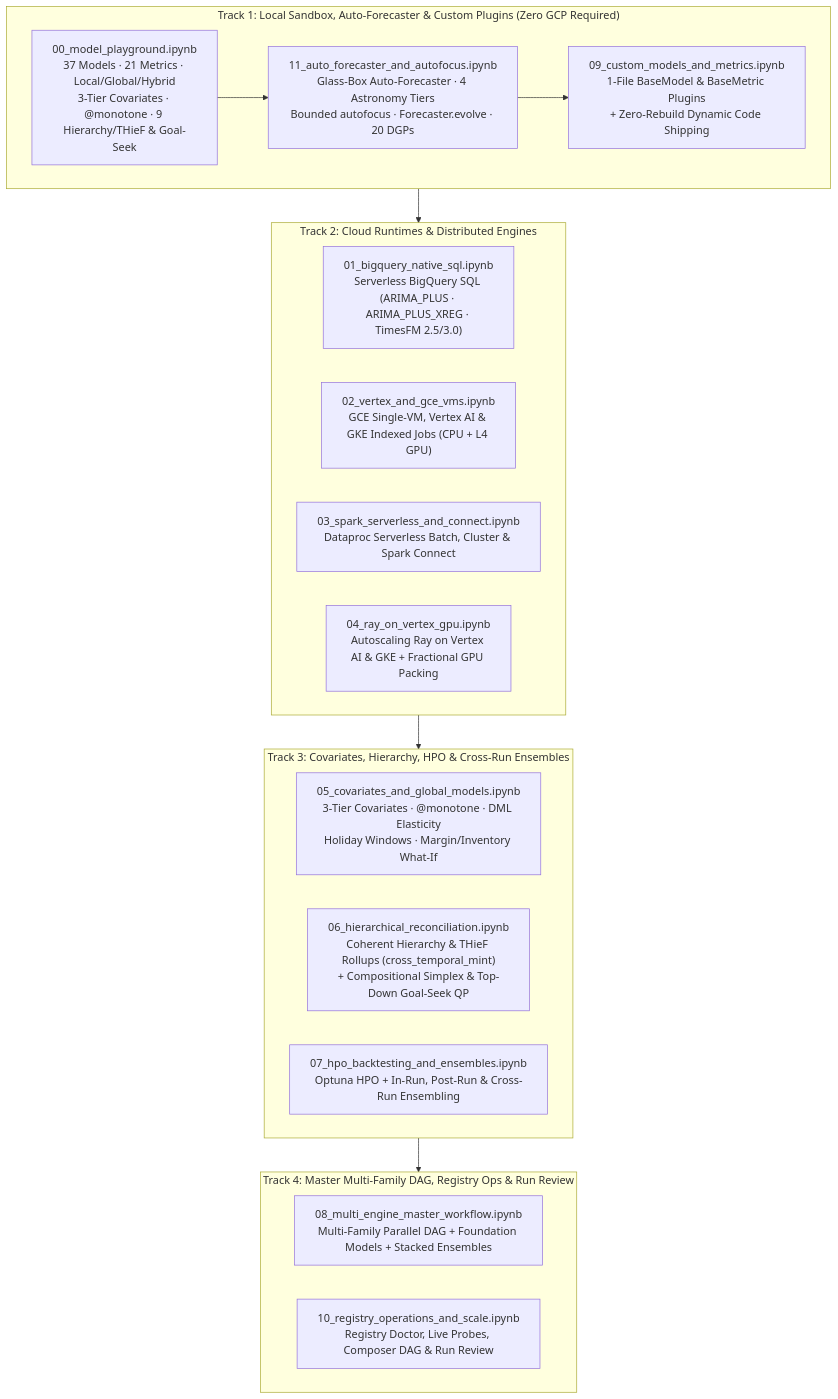
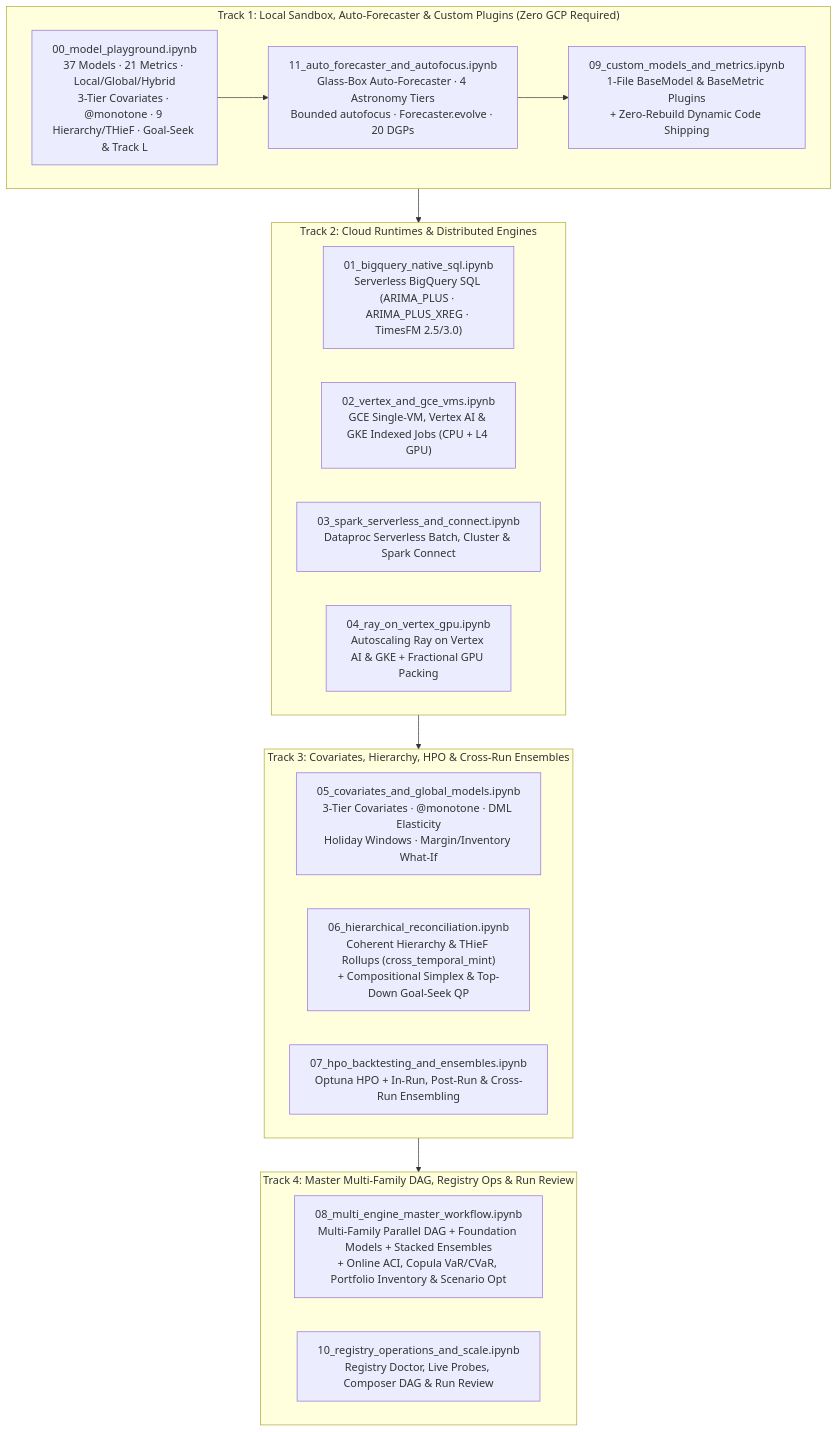
Before and after one commit to statmike/scale-forecasting: the diagram in notebooks/README.md, drawn with Mermaid. The commit also changed other lines of this file and 40 other files, not shown here.

Commit message:
docs(v1.7.0): add Track L API docs, agent surfaces, notebooks, and Tier 1-5 verification suites

````diff
--- a/notebooks/README.md
+++ b/notebooks/README.md
@@ -8,29 +8,29 @@
 ```mermaid
 flowchart TD
     subgraph Track1["Track 1: Local Sandbox, Auto-Forecaster & Custom Plugins (Zero GCP Required)"]
-        NB00["00_model_playground.ipynb<br/>37 Models · 21 Metrics · Local/Global/Hybrid<br/>3-Tier Covariates · @monotone · 9 Hierarchy/THieF & Goal-Seek"]
+        NB00["00_model_playground.ipynb<br/>37 Models · 21 Metrics · Local/Global/Hybrid<br/>3-Tier Covariates · @monotone · 9 Hierarchy/THieF · Goal-Seek & Track L"]
         NB11["11_auto_forecaster_and_autofocus.ipynb<br/>Glass-Box Auto-Forecaster · 4 Astronomy Tiers<br/>Bounded autofocus · Forecaster.evolve · 20 DGPs"]
         NB09["09_custom_models_and_metrics.ipynb<br/>1-File BaseModel & BaseMetric Plugins<br/>+ Zero-Rebuild Dynamic Code Shipping"]
     end
 
     subgraph Track2["Track 2: Cloud Runtimes & Distributed Engines"]
         NB01["01_bigquery_native_sql.ipynb<br/>Serverless BigQuery SQL (ARIMA_PLUS · ARIMA_PLUS_XREG · TimesFM 2.5/3.0)"]
         NB02["02_vertex_and_gce_vms.ipynb<br/>GCE Single-VM, Vertex AI & GKE Indexed Jobs (CPU + L4 GPU)"]
         NB03["03_spark_serverless_and_connect.ipynb<br/>Dataproc Serverless Batch, Cluster & Spark Connect"]
         NB04["04_ray_on_vertex_gpu.ipynb<br/>Autoscaling Ray on Vertex AI & GKE + Fractional GPU Packing"]
     end
 
     subgraph Track3["Track 3: Covariates, Hierarchy, HPO & Cross-Run Ensembles"]
         NB05["05_covariates_and_global_models.ipynb<br/>3-Tier Covariates · @monotone · DML Elasticity<br/>Holiday Windows · Margin/Inventory What-If"]
         NB06["06_hierarchical_reconciliation.ipynb<br/>Coherent Hierarchy & THieF Rollups (cross_temporal_mint)<br/>+ Compositional Simplex & Top-Down Goal-Seek QP"]
         NB07["07_hpo_backtesting_and_ensembles.ipynb<br/>Optuna HPO + In-Run, Post-Run & Cross-Run Ensembling"]
     end
 
     subgraph Track4["Track 4: Master Multi-Family DAG, Registry Ops & Run Review"]
-        NB08["08_multi_engine_master_workflow.ipynb<br/>Multi-Family Parallel DAG + Foundation Models + Stacked Ensembles"]
+        NB08["08_multi_engine_master_workflow.ipynb<br/>Multi-Family Parallel DAG + Foundation Models + Stacked Ensembles<br/>+ Online ACI, Copula VaR/CVaR, Portfolio Inventory & Scenario Opt"]
         NB10["10_registry_operations_and_scale.ipynb<br/>Registry Doctor, Live Probes, Composer DAG & Run Review"]
     end
 
     NB00 --> NB11 --> NB09
     Track1 --> Track2 --> Track3 --> Track4
 ```
````
